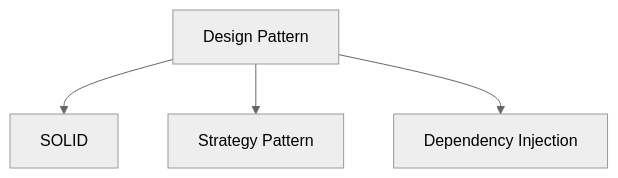
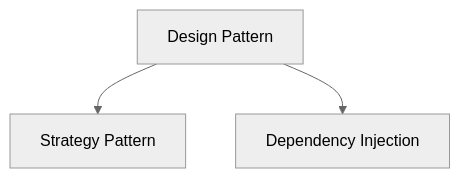
One commit to chengr4/all-about-system changed the diagram in design-pattern/README.md. Above: the diagram before and after it, drawn with Mermaid (neutral theme). The commit also changed other lines of this file and 2 other files, not shown here.

Commit message:
extract solid principle

````diff
--- a/design-pattern/README.md
+++ b/design-pattern/README.md
@@ -5,7 +5,6 @@
 ```mermaid
 flowchart TD
-  dp["Design Pattern"] --> solid["SOLID"]
+  dp["Design Pattern"]
   dp --> sp["Strategy Pattern"]
   dp --> di["Dependency Injection"]
-
 ```
````
